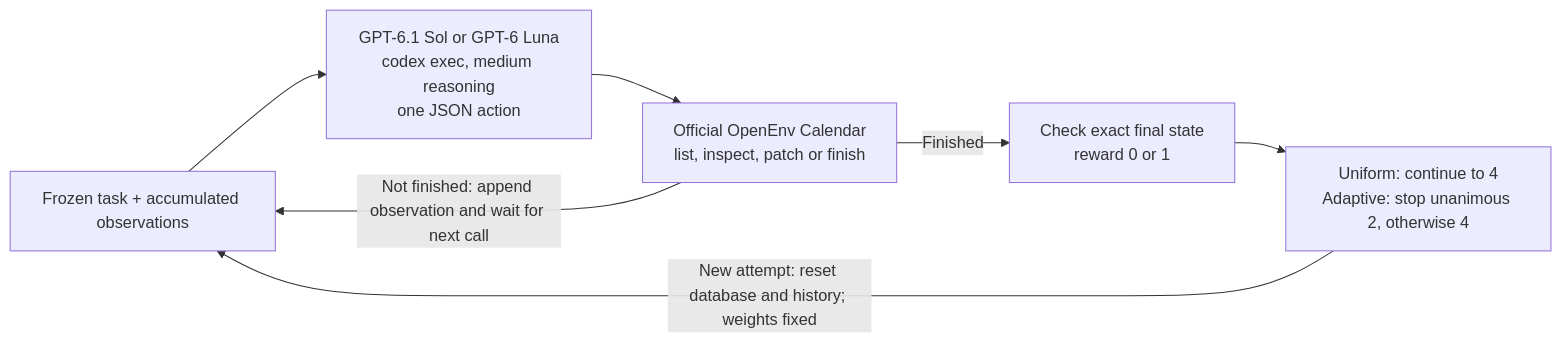
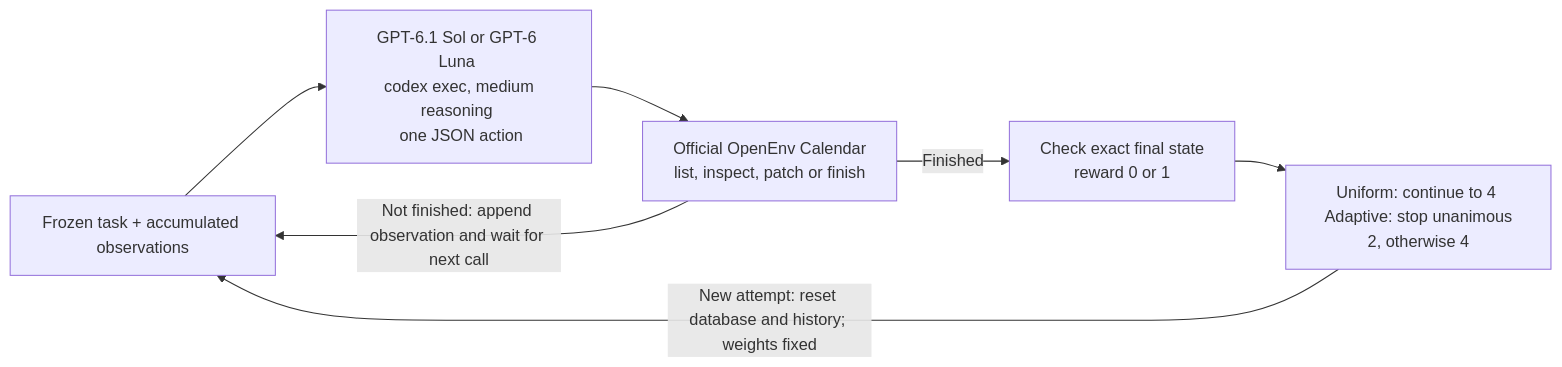
Before and after one commit to k-sandhu/experiment-notebooks: the fourth of 6 diagrams in notebooks/27-adaptive-knowledge-rollouts/README.md, drawn with Mermaid. The commit also changed other lines of this file and 4898 other files, not shown here.

````diff
--- a/notebooks/27-adaptive-knowledge-rollouts/README.md
+++ b/notebooks/27-adaptive-knowledge-rollouts/README.md
@@ -553,9 +548,9 @@
 ```mermaid
 flowchart LR
-  task["Frozen task + accumulated observations"] --> model["GPT-6.1 Sol or GPT-6 Luna<br/>codex exec, medium reasoning<br/>one JSON action"]
-  model --> calendar["Official OpenEnv Calendar<br/>list, inspect, patch or finish"]
+  task["Frozen task + accumulated observations"] --> model["GPT-6.1 Sol or GPT-6 Luna <br/> codex exec, medium reasoning <br/> one JSON action"]
+  model --> calendar["Official OpenEnv Calendar <br/> list, inspect, patch or finish"]
   calendar -->|"Not finished: append observation and wait for next call"| task
-  calendar -->|"Finished"| verifier["Check exact final state<br/>reward 0 or 1"]
-  verifier --> allocator["Uniform: continue to 4<br/>Adaptive: stop unanimous 2, otherwise 4"]
+  calendar -->|"Finished"| verifier["Check exact final state <br/> reward 0 or 1"]
+  verifier --> allocator["Uniform: continue to 4 <br/> Adaptive: stop unanimous 2, otherwise 4"]
   allocator -->|"New attempt: reset database and history; weights fixed"| task
 ```
````
